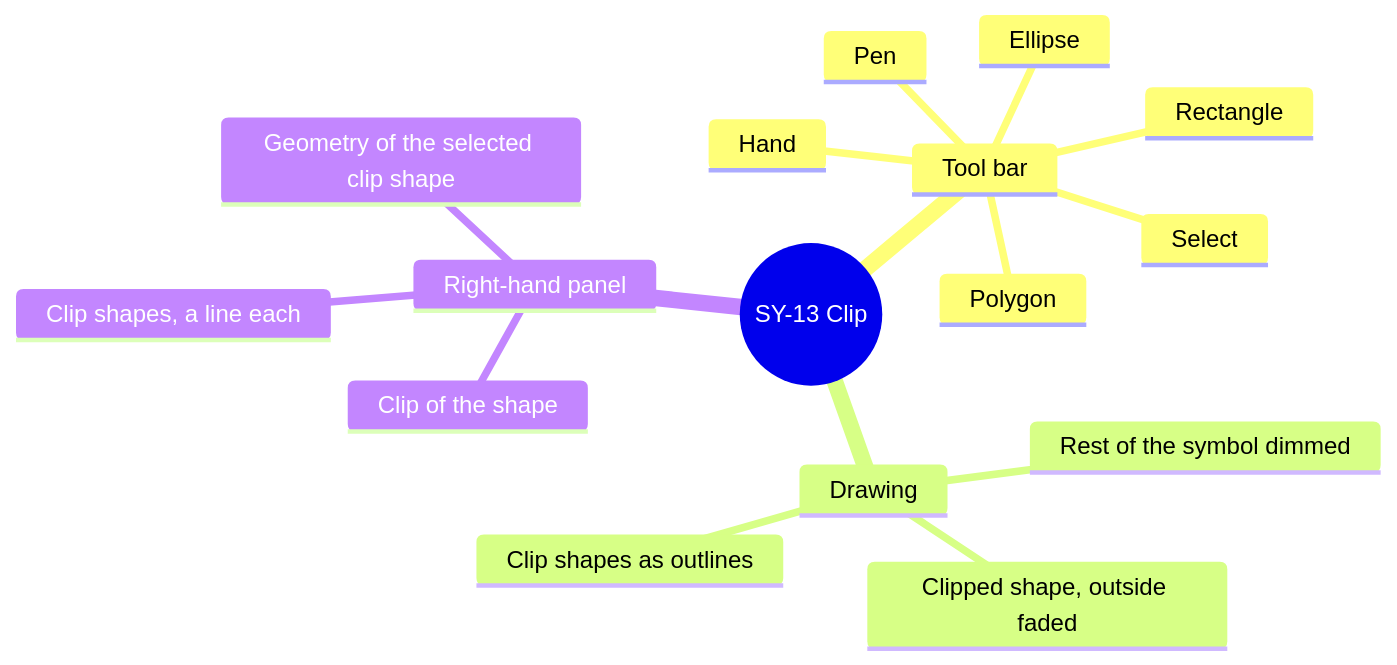
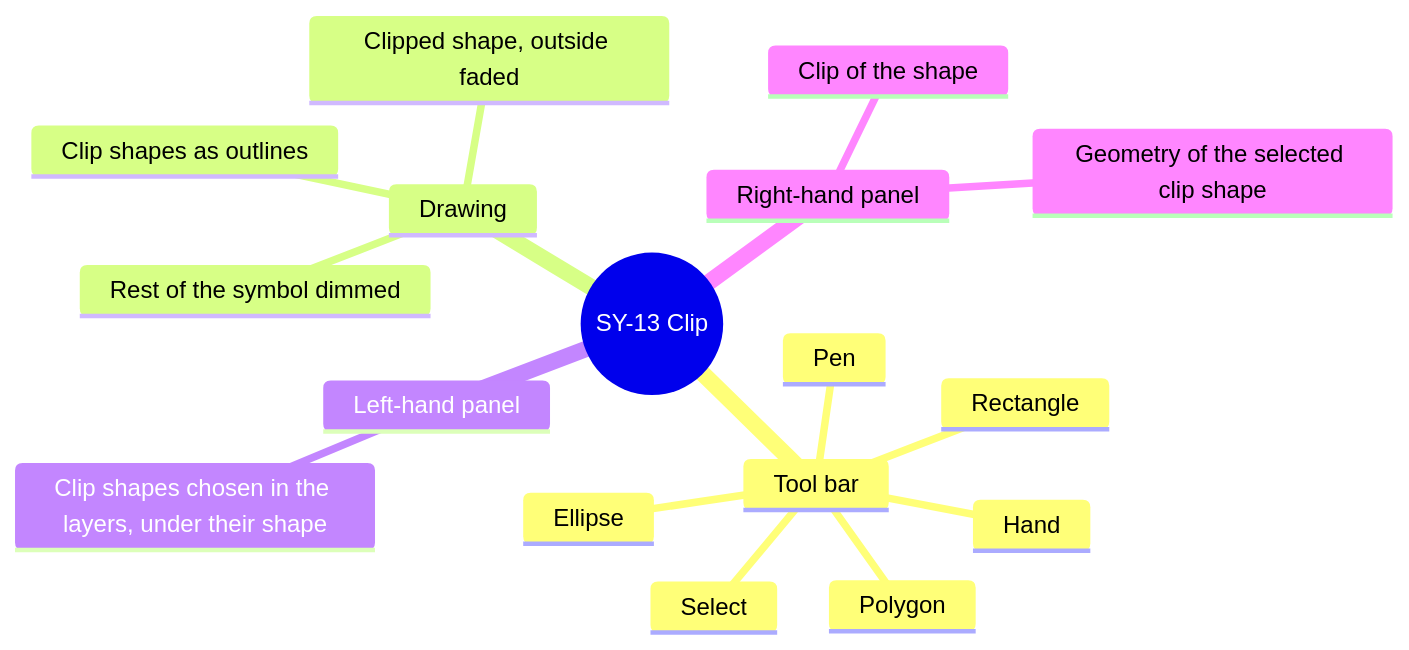
Diagram 14 of 16 in screens/symbols.md (AlexandreGallais/synoptic-studio-spec), drawn with Mermaid before and after one commit. The commit also changed other lines of this file and 5 other files, not shown here.

````diff
--- a/screens/symbols.md
+++ b/screens/symbols.md
@@ -609,19 +610,20 @@
 ```mermaid
 mindmap
   root((SY-13 Clip))
     Tool bar
       Select
       Hand
       Rectangle
       Ellipse
       Polygon
       Pen
     Drawing
       Clipped shape, outside faded
       Rest of the symbol dimmed
       Clip shapes as outlines
+    Left-hand panel
+      Clip shapes chosen in the layers, under their shape
     Right-hand panel
       Clip of the shape
-      Clip shapes, a line each
       Geometry of the selected clip shape
 ```
````
